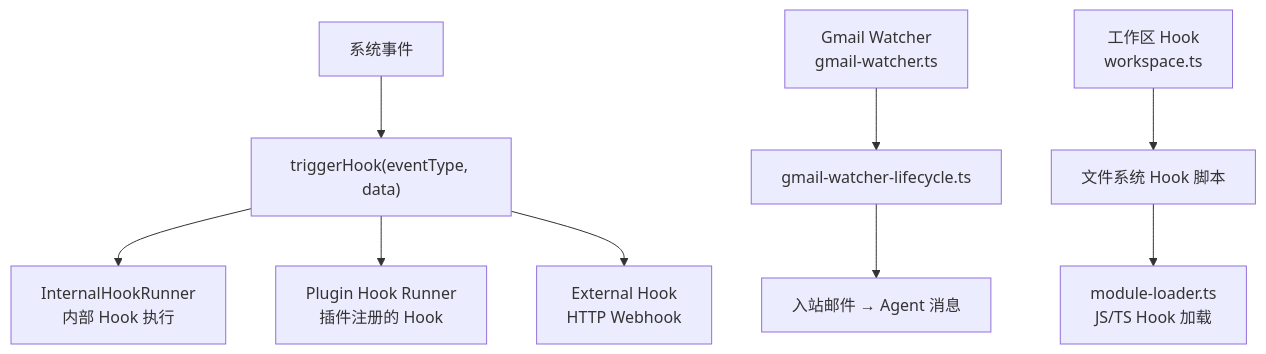
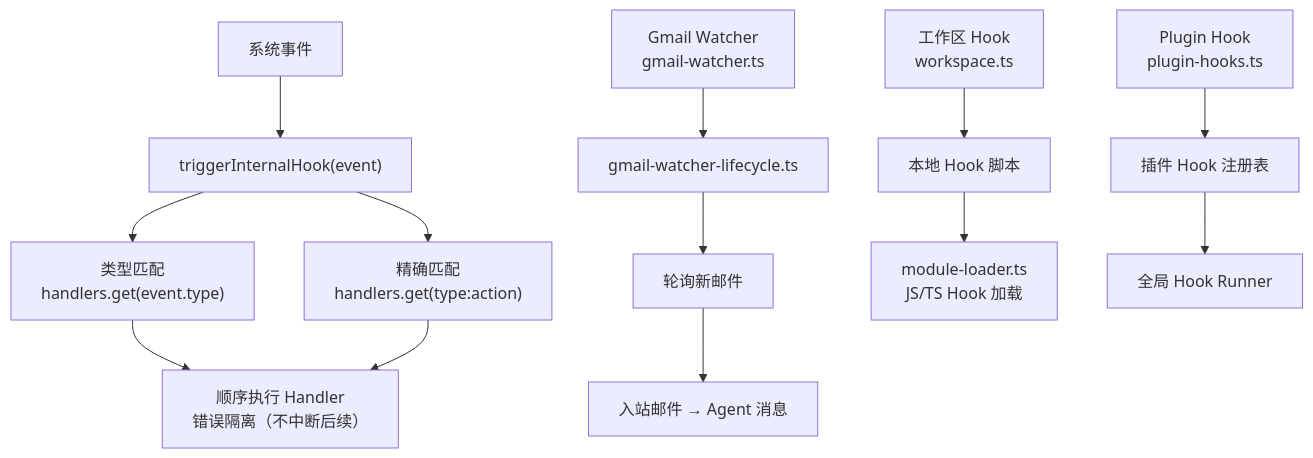
One commit to royalwang/openclaw changed the first of 2 diagrams in zh-docs/modules/hooks/README.md. Above: the diagram before and after it, drawn with Mermaid. The commit also changed other lines of this file and 5 other files, not shown here.

````diff
--- a/zh-docs/modules/hooks/README.md
+++ b/zh-docs/modules/hooks/README.md
@@ -7,13 +7,17 @@
 ```mermaid
 flowchart TD
-    EVENT["系统事件"] --> TRIGGER["triggerHook(eventType, data)"]
-    TRIGGER --> INTERNAL["InternalHookRunner<br/>内部 Hook 执行"]
-    TRIGGER --> PLUGIN["Plugin Hook Runner<br/>插件注册的 Hook"]
-    TRIGGER --> EXTERNAL["External Hook<br/>HTTP Webhook"]
+    EVENT["系统事件"] --> TRIGGER["triggerInternalHook(event)"]
+    TRIGGER --> TYPE_MATCH["类型匹配<br/>handlers.get(event.type)"]
+    TRIGGER --> ACTION_MATCH["精确匹配<br/>handlers.get(type:action)"]
+    TYPE_MATCH & ACTION_MATCH --> EXEC["顺序执行 Handler<br/>错误隔离（不中断后续）"]
     
     GMAIL["Gmail Watcher<br/>gmail-watcher.ts"] --> LIFECYCLE["gmail-watcher-lifecycle.ts"]
-    LIFECYCLE --> INCOMING["入站邮件 → Agent 消息"]
+    LIFECYCLE --> POLL["轮询新邮件"]
+    POLL --> INCOMING["入站邮件 → Agent 消息"]
     
-    WORKSPACE["工作区 Hook<br/>workspace.ts"] --> FILE["文件系统 Hook 脚本"]
+    WORKSPACE["工作区 Hook<br/>workspace.ts"] --> FILE["本地 Hook 脚本"]
     FILE --> LOADER["module-loader.ts<br/>JS/TS Hook 加载"]
+    
+    PLUGIN_HOOK["Plugin Hook<br/>plugin-hooks.ts"] --> REGISTRY["插件 Hook 注册表"]
+    REGISTRY --> GLOBAL["全局 Hook Runner"]
 ```
````
